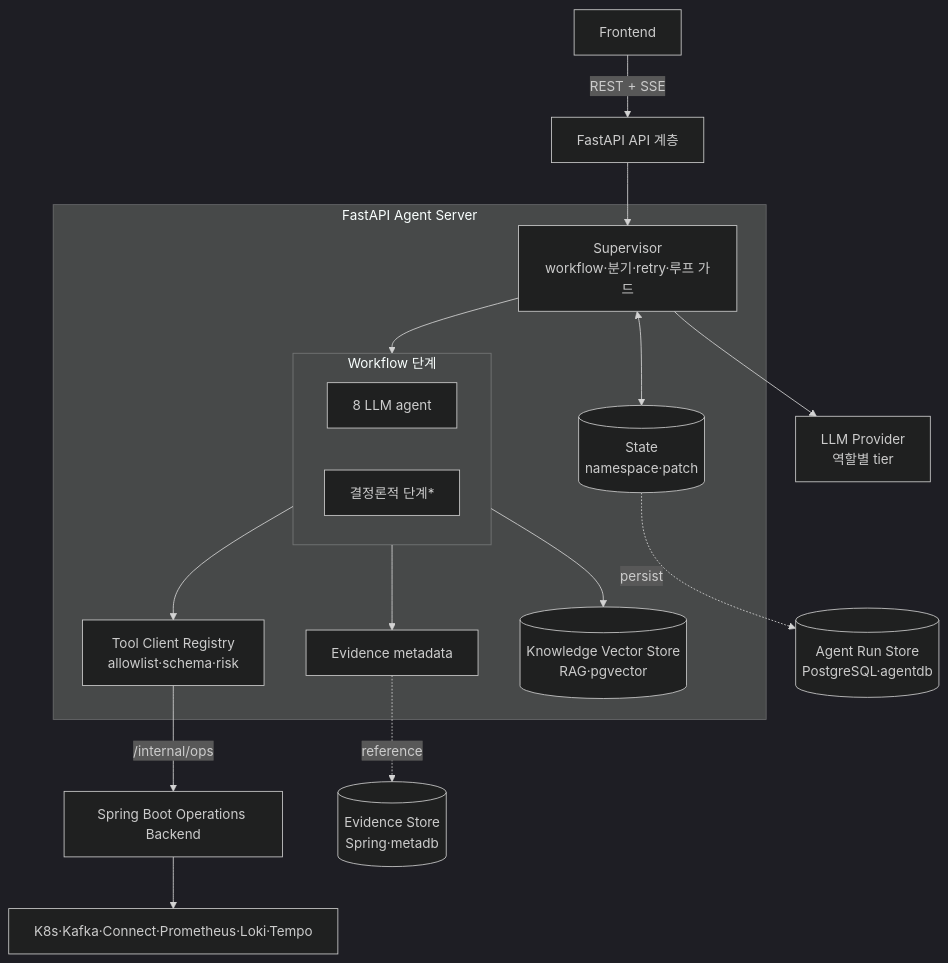
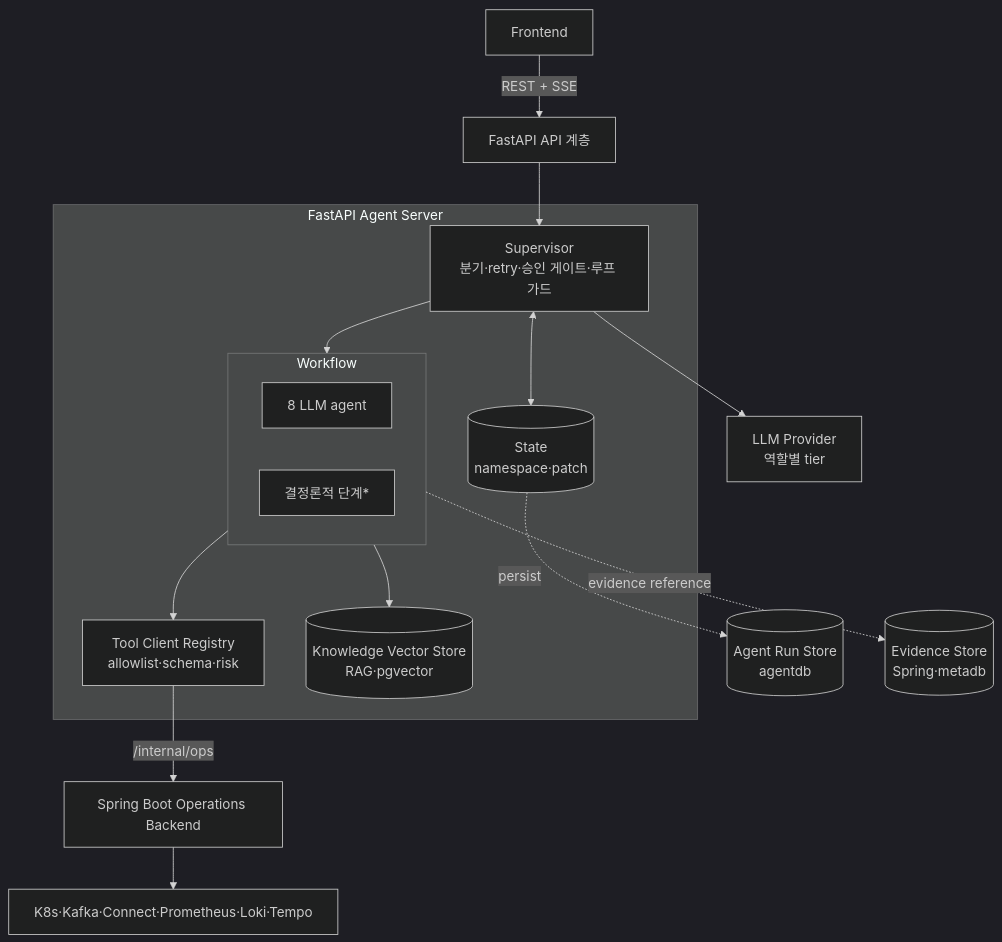
Before and after one commit to cloud-team2/bifrost: the first of 3 diagrams in docs/design/backend-fastapi/overview.md, drawn with Mermaid (dark theme). The commit also changed other lines of this file and 23 other files, not shown here.

````diff
--- a/docs/design/backend-fastapi/overview.md
+++ b/docs/design/backend-fastapi/overview.md
@@ -11,24 +21,21 @@
 ```mermaid
 flowchart TB
     FE[Frontend] -->|REST + SSE| API[FastAPI API 계층]
     API --> SUP
-
     subgraph AGENT[FastAPI Agent Server]
-      SUP[Supervisor<br/>workflow·분기·retry·루프 가드] --> WF
-      subgraph WF[Workflow 단계]
+      SUP[Supervisor<br/>분기·retry·승인 게이트·루프 가드] --> WF
+      subgraph WF[Workflow]
         direction LR
         L[8 LLM agent]
         D[결정론적 단계*]
       end
       SUP <--> ST[(State<br/>namespace·patch)]
       WF --> REG[Tool Client Registry<br/>allowlist·schema·risk]
-      WF --> EV[Evidence metadata]
       WF --> VEC[(Knowledge Vector Store<br/>RAG·pgvector)]
     end
-
     REG -->|/internal/ops| SB[Spring Boot Operations Backend]
     SB --> RT[K8s·Kafka·Connect·Prometheus·Loki·Tempo]
-    EV -. reference .-> ES[(Evidence Store<br/>Spring·metadb)]
-    ST -. persist .-> RUNDB[(Agent Run Store<br/>PostgreSQL·agentdb)]
+    ST -. persist .-> RUNDB[(Agent Run Store<br/>agentdb)]
+    WF -. evidence reference .-> ES[(Evidence Store<br/>Spring·metadb)]
     SUP --> LLM[LLM Provider<br/>역할별 tier]
 ```
````
